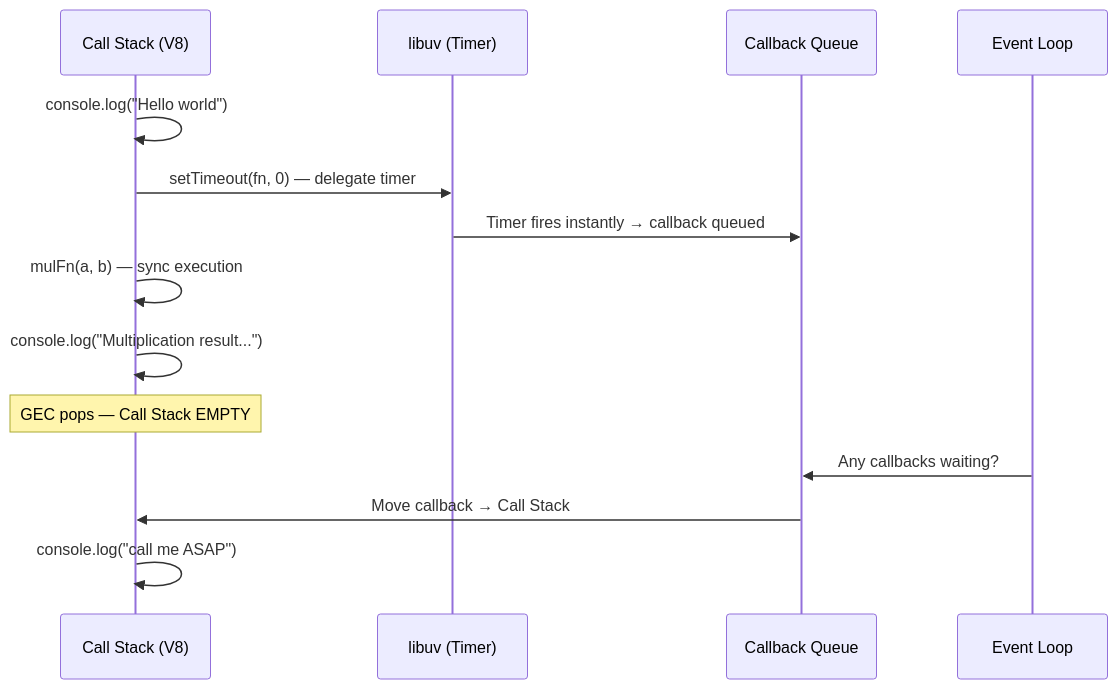
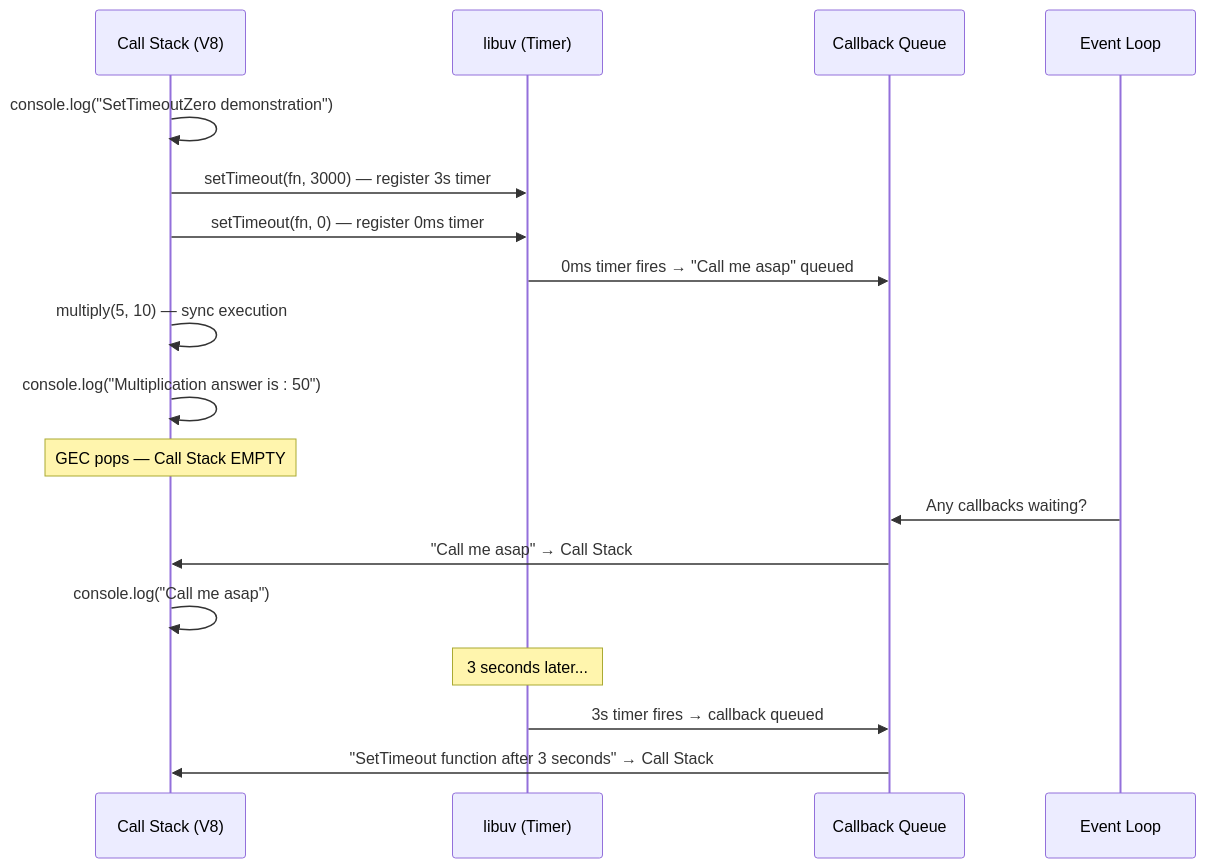
The second of 2 diagrams in S1 07 - sync, async, setTimeout Zero-Code/Readme.md (harshit2490/nodejs-guide), drawn with Mermaid before and after one commit. The commit also changed other lines of this file, not shown here.

````diff
--- a/S1 07 - sync, async, setTimeout Zero-Code/Readme.md
+++ b/S1 07 - sync, async, setTimeout Zero-Code/Readme.md
@@ -249,17 +366,21 @@
 ```mermaid
 sequenceDiagram
     participant CS as Call Stack (V8)
     participant LU as libuv (Timer)
     participant CQ as Callback Queue
     participant EL as Event Loop
 
-    CS->>CS: console.log("Hello world")
-    CS->>LU: setTimeout(fn, 0) — delegate timer
-    LU->>CQ: Timer fires instantly → callback queued
-    CS->>CS: mulFn(a, b) — sync execution
-    CS->>CS: console.log("Multiplication result...")
+    CS->>CS: console.log("SetTimeoutZero demonstration")
+    CS->>LU: setTimeout(fn, 3000) — register 3s timer
+    CS->>LU: setTimeout(fn, 0) — register 0ms timer
+    LU->>CQ: 0ms timer fires → "Call me asap" queued
+    CS->>CS: multiply(5, 10) — sync execution
+    CS->>CS: console.log("Multiplication answer is : 50")
     Note over CS: GEC pops — Call Stack EMPTY
     EL->>CQ: Any callbacks waiting?
-    CQ->>CS: Move callback → Call Stack
-    CS->>CS: console.log("call me ASAP")
+    CQ->>CS: "Call me asap" → Call Stack
+    CS->>CS: console.log("Call me asap")
+    Note over LU: 3 seconds later...
+    LU->>CQ: 3s timer fires → callback queued
+    CQ->>CS: "SetTimeout function after 3 seconds" → Call Stack
 ```
````
